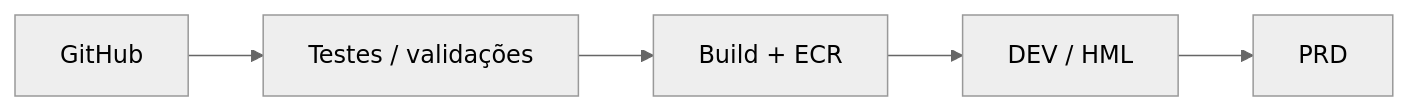
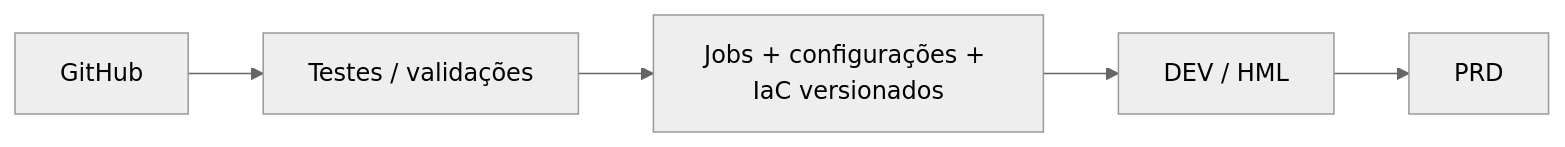
The third of 3 diagrams in docs/arquitetura/aws.md (Lal3x/SoD-Plataform), drawn with Mermaid (neutral theme) before and after one commit. The commit also changed other lines of this file, not shown here.

````diff
--- a/docs/arquitetura/aws.md
+++ b/docs/arquitetura/aws.md
@@ -163,7 +171,7 @@
 ```mermaid
 flowchart LR
     A["GitHub"] --> B["Testes / validações"]
-    B --> C["Build + ECR"]
+    B --> C["Jobs + configurações + IaC versionados"]
     C --> D["DEV / HML"]
     D --> E["PRD"]
 ```
````
